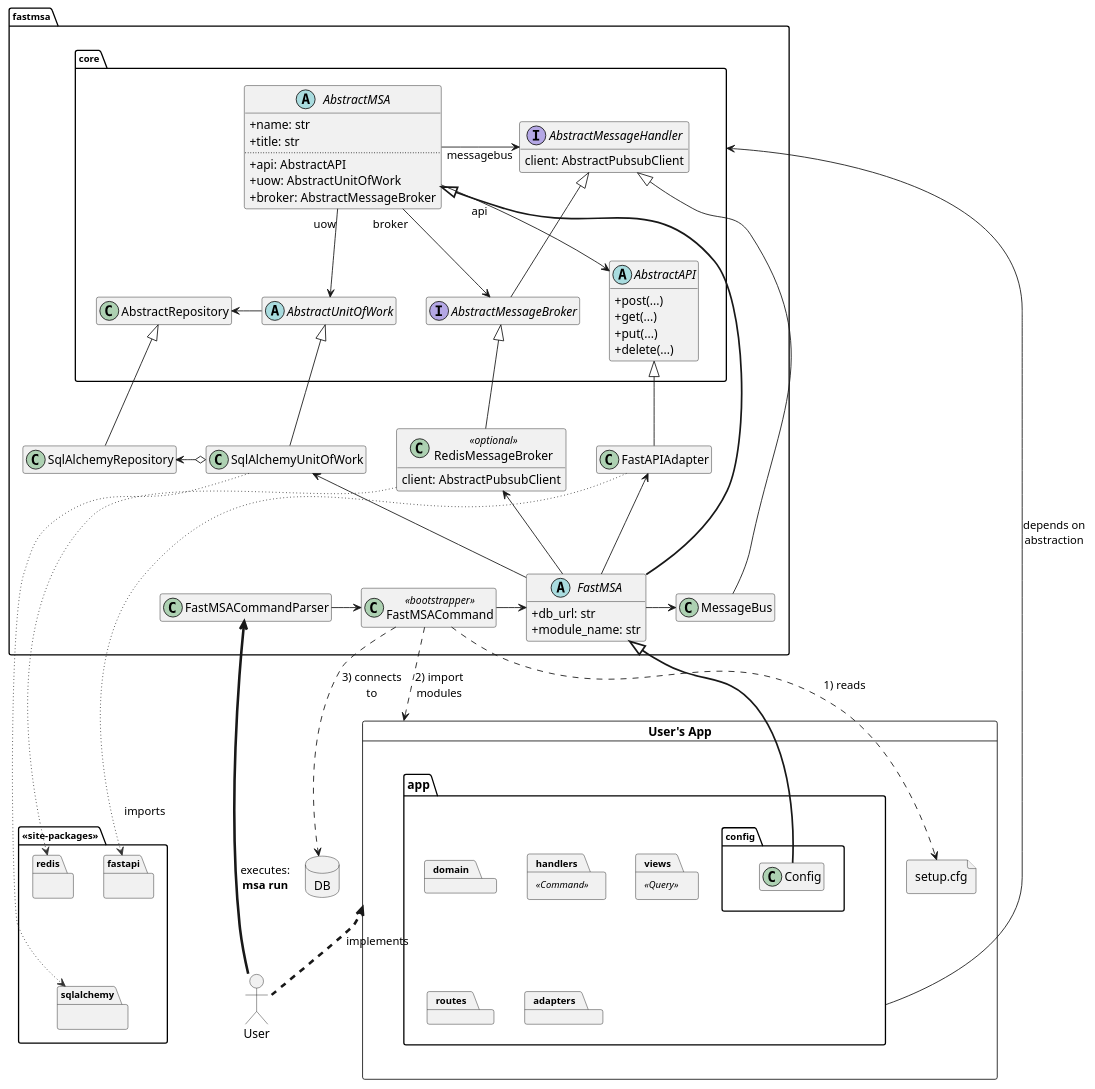
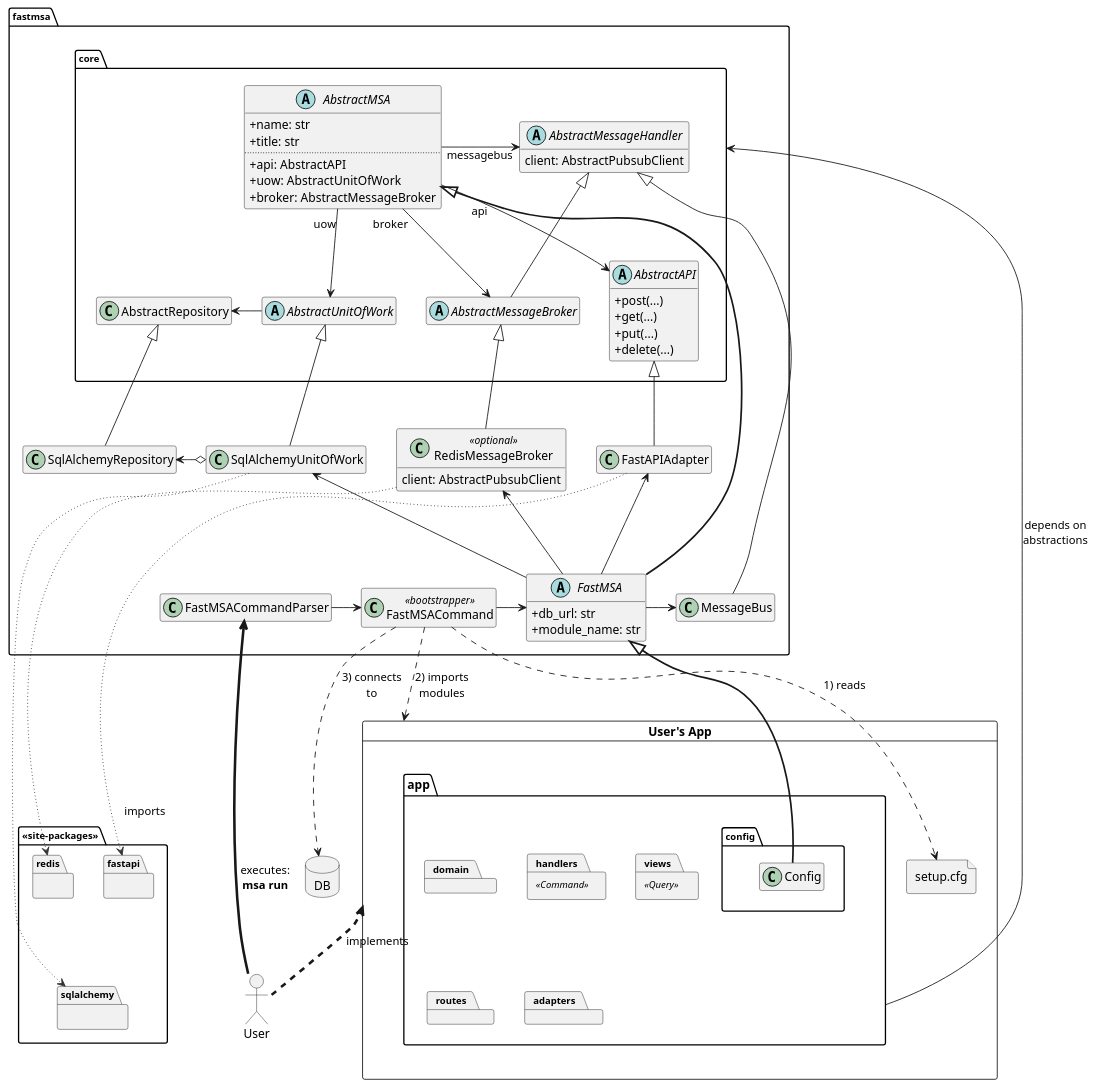
The diagram in docs/diagrams/abstract.puml (2021-msa-study/fastmsa), drawn with PlantUML before and after one commit. The commit also changed 1 other file, not shown here.

Commit message:
Update overview diagram

```diff
--- a/docs/diagrams/abstract.puml
+++ b/docs/diagrams/abstract.puml
@@ -1,122 +1,122 @@
-@startuml "Dependency Architecture Overview"
+@startuml "overview"
 
 hide empty members
 skinparam defaultFontName "Segoe UI"
 skinparam ClassAttributeIconSize 0
 skinparam PackageFontSize 11
 allow_mixing
 
 Actor User
 Database DB
 
 package fastmsa {
     package core {
         abstract class AbstractMSA {
             + name: str
             + title: str
             ..
             + api: AbstractAPI
             + uow: AbstractUnitOfWork
             + broker: AbstractMessageBroker
         }
 
         abstract class AbstractAPI {
             + post(...)
             + get(...)
             + put(...)
             + delete(...)
         }
 
         abstract class AbstractUnitOfWork
 
 
         AbstractMSA "uow" --> AbstractUnitOfWork
         AbstractMSA "broker" --> AbstractMessageBroker
         AbstractMSA "\n\tapi" --> AbstractAPI
         AbstractMSA "messagebus" -> AbstractMessageHandler: \t\t
         
         AbstractRepository <- AbstractUnitOfWork
         
-        interface AbstractMessageHandler {
+        abstract class AbstractMessageHandler {
             client: AbstractPubsubClient
         }
 
-        interface AbstractMessageBroker extends AbstractMessageHandler {
+        abstract class AbstractMessageBroker extends AbstractMessageHandler {
         }
     }
 
     abstract class FastMSA {
         + db_url: str
         + module_name: str
     }
 
     AbstractMSA <|-[thickness=2]- FastMSA
     AbstractUnitOfWork <|-- SqlAlchemyUnitOfWork
     AbstractRepository <|-- SqlAlchemyRepository
     AbstractMessageBroker <|-- RedisMessageBroker
     AbstractAPI <|-- FastAPIAdapter
     SqlAlchemyRepository <-o SqlAlchemyUnitOfWork  
 
     class RedisMessageBroker <<optional>> {
         client: AbstractPubsubClient
     }
 
     FastAPIAdapter <-- FastMSA
     RedisMessageBroker <-- FastMSA
     SqlAlchemyUnitOfWork <-- FastMSA
 
     class FastMSACommand <<bootstrapper>> {
     }
 
     class FastMSACommandParser
     
     AbstractMessageHandler <|--- MessageBus
 
     FastMSA -> MessageBus
     
 }
 
 package <<site-packages>> {
     package fastapi {}
     package sqlalchemy {}
     package redis {}
 
     fastapi -[hidden]-> sqlalchemy
 }
 
 SqlAlchemyUnitOfWork -[#333,dotted]--> sqlalchemy
 FastAPIAdapter -[#333,dotted]--> "imports\n\n" fastapi
 RedisMessageBroker -[#333,dotted]-->  redis
 
 card "User's App" as userapp  {
 
     package app.config {
         class Config
     }
     
     file "setup.cfg" as f
     folder app {
         package domain
         package handlers <<Command>>
         package views <<Query>>
         package routes
         package adapters
     }
     
     f <-[hidden] app.config
     app.config -[hidden]-> app
 }
 
 FastMSA <|-[thickness=2]- Config
 
 userapp <.[thickness=3]. User: implements
 FastMSACommandParser <-[thickness=3]- User: "executes:\n<b>msa run</b>"
 FastMSACommandParser -> FastMSACommand
 FastMSACommand -> FastMSA
 FastMSACommand ..> f: "1) reads"
-FastMSACommand ..> userapp: "2) import\nmodules"
+FastMSACommand ..> userapp: "2) imports\nmodules"
 FastMSACommand ..> DB: "3) connects\nto"
 
-core <--- app: depends on\nabstraction
+core <--- app: depends on\nabstractions
 
 @endul
```
